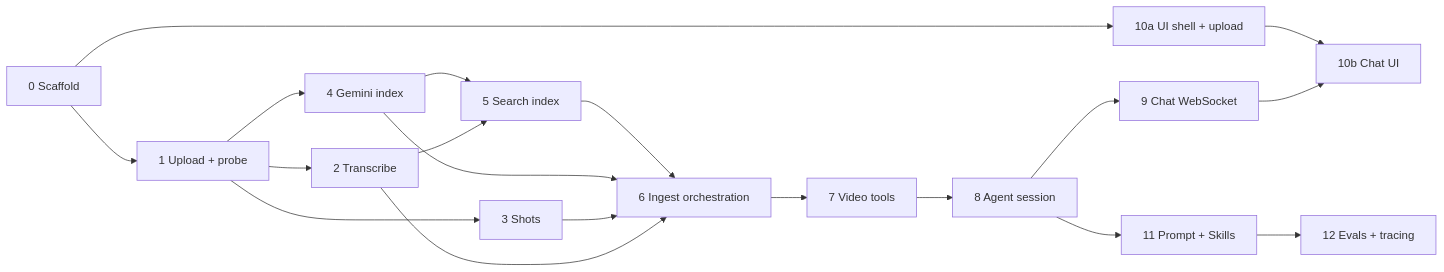
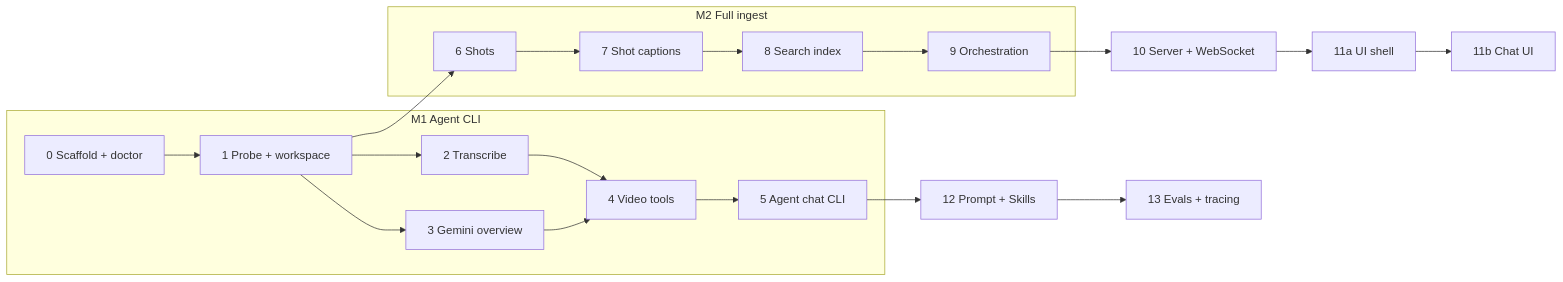
One commit to YichiZ/video-agent-harness changed the diagram in PLAN.md. Above: the diagram before and after it, drawn with Mermaid. The commit also changed other lines of this file and 1 other file, not shown here.

First line of the commit message:
Reorder plan agent-first, add per-step e2e tests and execution waves

````diff
--- a/PLAN.md
+++ b/PLAN.md
@@ -20,18 +26,17 @@
 ```mermaid
 flowchart LR
-  S0[0 Scaffold] --> S1[1 Upload + probe]
-  S1 --> S2[2 Transcribe]
-  S1 --> S3[3 Shots]
-  S1 --> S4[4 Gemini index]
-  S2 --> S5[5 Search index]
-  S4 --> S5
-  S2 & S3 & S4 & S5 --> S6[6 Ingest orchestration]
-  S6 --> S7[7 Video tools]
-  S7 --> S8[8 Agent session]
-  S8 --> S9[9 Chat WebSocket]
-  S0 --> S10a[10a UI shell + upload]
-  S9 --> S10b[10b Chat UI]
-  S10a --> S10b
-  S8 --> S11[11 Prompt + Skills]
-  S11 --> S12[12 Evals + tracing]
+  subgraph M1[M1 Agent CLI]
+    S0[0 Scaffold + doctor] --> S1[1 Probe + workspace]
+    S1 --> S2[2 Transcribe]
+    S1 --> S3[3 Gemini overview]
+    S2 & S3 --> S4[4 Video tools]
+    S4 --> S5[5 Agent chat CLI]
+  end
+  subgraph M2[M2 Full ingest]
+    S6[6 Shots] --> S7[7 Shot captions] --> S8[8 Search index] --> S9[9 Orchestration]
+  end
+  S1 --> S6
+  S9 --> S10[10 Server + WebSocket]
+  S10 --> S11a[11a UI shell] --> S11b[11b Chat UI]
+  S5 --> S12[12 Prompt + Skills] --> S13[13 Evals + tracing]
 ```
````
